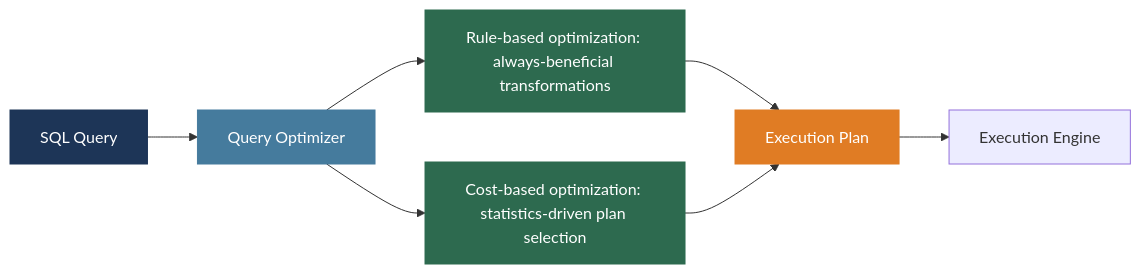
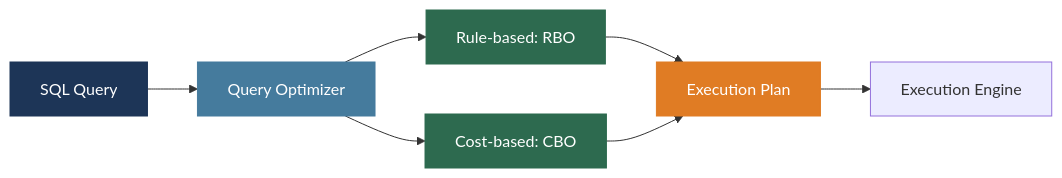
Before and after one commit to MuhammadTahaNasir/Big-Data-Analytics-Notes: diagram 11 of 16 in Week3/Lecture3_Partitioning_Sharding_Caching_QueryOpt.md, drawn with Mermaid. The commit also changed other lines of this file, not shown here.

````diff
--- a/Week3/Lecture3_Partitioning_Sharding_Caching_QueryOpt.md
+++ b/Week3/Lecture3_Partitioning_Sharding_Caching_QueryOpt.md
@@ -382,15 +386,15 @@
 ```mermaid
 flowchart LR
     SQL[SQL Query] --> OPT[Query Optimizer]
-    OPT --> RBO[Rule-based optimization: always-beneficial transformations]
-    OPT --> CBO[Cost-based optimization: statistics-driven plan selection]
+    OPT --> RBO[Rule-based: RBO]
+    OPT --> CBO[Cost-based: CBO]
     RBO --> PLAN[Execution Plan]
     CBO --> PLAN
     PLAN --> EXEC[Execution Engine]
 
     style SQL fill:#1d3557,color:#fff,stroke:#1d3557
     style OPT fill:#457b9d,color:#fff,stroke:#457b9d
     style RBO fill:#2d6a4f,color:#fff,stroke:#2d6a4f
     style CBO fill:#2d6a4f,color:#fff,stroke:#2d6a4f
     style PLAN fill:#e07c24,color:#fff,stroke:#e07c24
 ```
````
